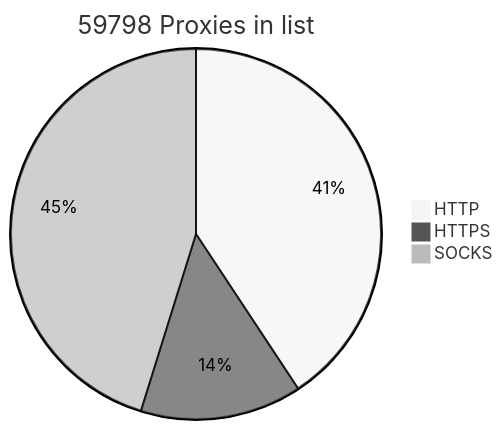
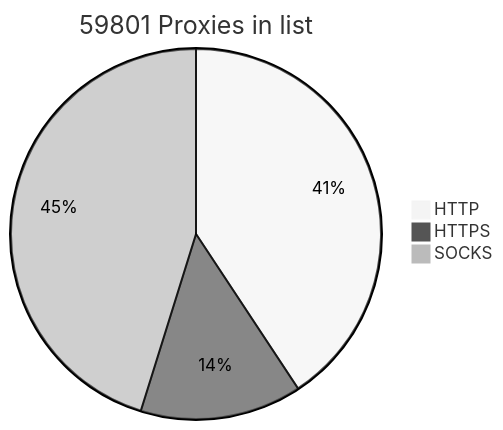
The diagram in README.md (BlackSnowDot/proxylist-update-every-minute), drawn with Mermaid (neutral theme) before and after one commit.

````diff
--- a/README.md
+++ b/README.md
@@ -2,6 +2,6 @@
 ```mermaid
-pie title 59798 Proxies in list
-    "HTTP" : 27485
-    "HTTPS": 9517
+pie title 59801 Proxies in list
+    "HTTP" : 27491
+    "HTTPS": 9524
     "SOCKS" : 30512
 ```
````
